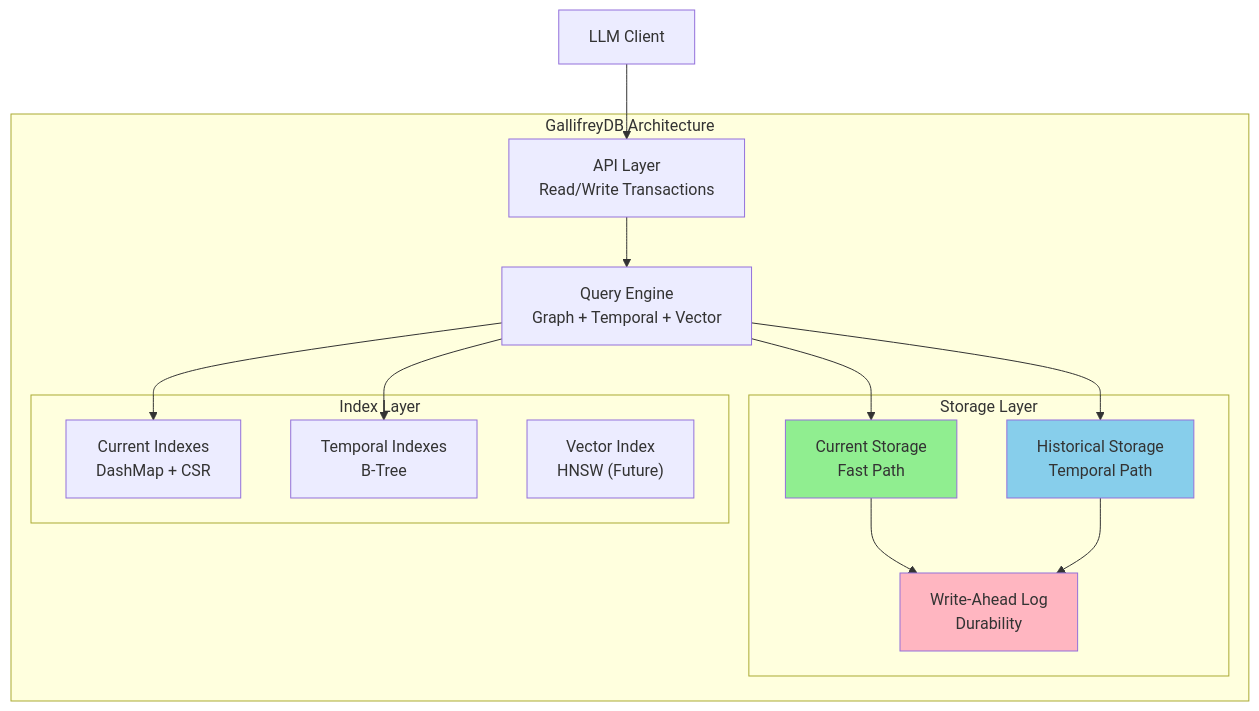
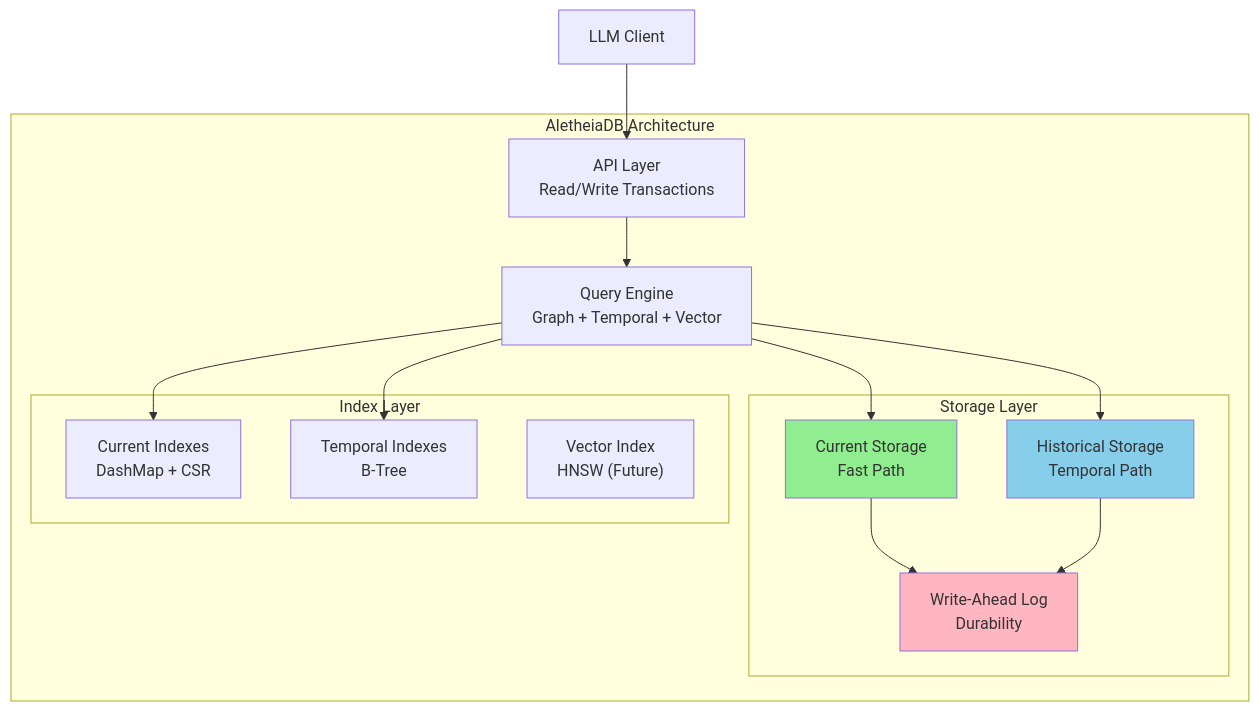
One commit to autumn-foundation/AletheiaDB changed the first of 13 diagrams in docs/architecture/README.md. Above: the diagram before and after it, drawn with Mermaid. The commit also changed other lines of this file and 316 other files, not shown here.

First line of the commit message:
refactor: Rename project from GallifreyDB to AletheiaDB

````diff
--- a/docs/architecture/README.md
+++ b/docs/architecture/README.md
@@ -12,34 +12,34 @@
 ```mermaid
 graph TB
-    subgraph "GallifreyDB Architecture"
+    subgraph "AletheiaDB Architecture"
         API["API Layer<br/>Read/Write Transactions"]
         QE["Query Engine<br/>Graph + Temporal + Vector"]
 
         subgraph "Storage Layer"
             CS["Current Storage<br/>Fast Path"]
             HS["Historical Storage<br/>Temporal Path"]
             WAL["Write-Ahead Log<br/>Durability"]
         end
 
         subgraph "Index Layer"
             CI["Current Indexes<br/>DashMap + CSR"]
             TI["Temporal Indexes<br/>B-Tree"]
             VI["Vector Index<br/>HNSW (Future)"]
         end
     end
 
     LLM["LLM Client"]
 
     LLM --> API
     API --> QE
     QE --> CS
     QE --> HS
     QE --> CI
     QE --> TI
     CS --> WAL
     HS --> WAL
 
     style CS fill:#90EE90
     style HS fill:#87CEEB
     style WAL fill:#FFB6C1
 ```
````
